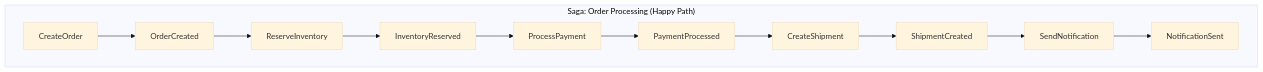
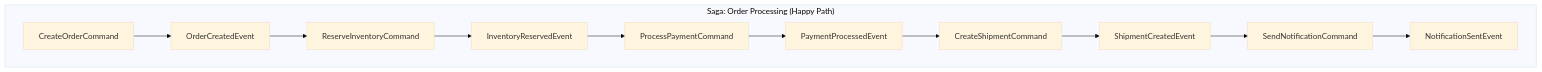
One commit to whizbang-lib/whizbang-lib.github.io changed the second of 3 diagrams in src/assets/docs/v1.0.0/learn/tutorial/payment-processing.md. Above: the diagram before and after it, drawn with Mermaid (base theme). The commit also changed other lines of this file and 48 other files, not shown here.

````diff
--- a/src/assets/docs/v1.0.0/learn/tutorial/payment-processing.md
+++ b/src/assets/docs/v1.0.0/learn/tutorial/payment-processing.md
@@ -852,13 +411,13 @@
 ```mermaid
 flowchart TD
     subgraph HappyPath["Saga: Order Processing (Happy Path)"]
-        H1["CreateOrder"] --> H2["OrderCreated"]
-        H2 --> H3["ReserveInventory"] --> H4["InventoryReserved"]
-        H4 --> H5["ProcessPayment"] --> H6["PaymentProcessed"]
-        H6 --> H7["CreateShipment"] --> H8["ShipmentCreated"]
-        H8 --> H9["SendNotification"] --> H10["NotificationSent"]
+        H1["CreateOrderCommand"] --> H2["OrderCreatedEvent"]
+        H2 --> H3["ReserveInventoryCommand"] --> H4["InventoryReservedEvent"]
+        H4 --> H5["ProcessPaymentCommand"] --> H6["PaymentProcessedEvent"]
+        H6 --> H7["CreateShipmentCommand"] --> H8["ShipmentCreatedEvent"]
+        H8 --> H9["SendNotificationCommand"] --> H10["NotificationSentEvent"]
     end
 
     class H1,H3,H5,H7,H9 layer-command
     class H2,H4,H6,H8,H10 layer-event
 ```
````
